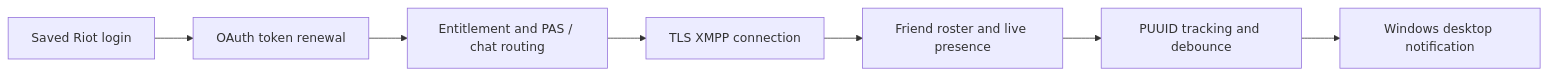
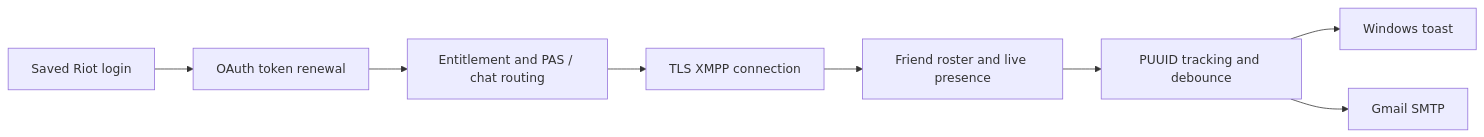
One commit to GodOfCoding1/riot-client-notifier changed the diagram in README.md. Above: the diagram before and after it, drawn with Mermaid. The commit also changed other lines of this file and 12 other files, not shown here.

````diff
--- a/README.md
+++ b/README.md
@@ -75,9 +76,10 @@
 ```mermaid
 flowchart LR
     A[Saved Riot login] --> B[OAuth token renewal]
     B --> C[Entitlement and PAS / chat routing]
     C --> D[TLS XMPP connection]
     D --> E[Friend roster and live presence]
     E --> F[PUUID tracking and debounce]
-    F --> G[Windows desktop notification]
+    F --> G[Windows toast]
+    F --> H[Gmail SMTP]
 ```
````
